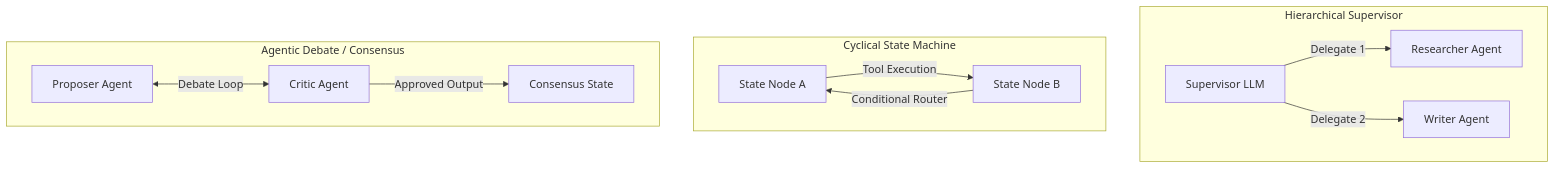
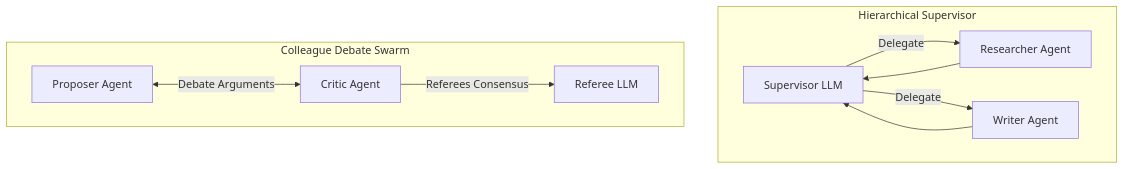
Before and after one commit to akmalkhaniub/akmalkhaniub.github.io: the eighth of 8 diagrams in blog/posts/agentic-ai-architectures.md, drawn with Mermaid. The commit also changed other lines of this file and 1 other file, not shown here.

Commit message:
Refactor repo link styling and expand agentic architectures blog

````diff
--- a/blog/posts/agentic-ai-architectures.md
+++ b/blog/posts/agentic-ai-architectures.md
@@ -15,17 +158,14 @@
 ```mermaid
 graph TD
-    subgraph A[Hierarchical Supervisor]
-        S[Supervisor LLM] -->|Delegate 1| W1[Researcher Agent]
-        S -->|Delegate 2| W2[Writer Agent]
-    end
-    
-    subgraph B[Cyclical State Machine]
-        N1[State Node A] -->|Tool Execution| N2[State Node B]
-        N2 -->|Conditional Router| N1
-    end
-    
-    subgraph C[Agentic Debate / Consensus]
-        D1[Proposer Agent] <-->|Debate Loop| D2[Critic Agent]
-        D2 -->|Approved Output| Out[Consensus State]
-    end
+    subgraph Supervisor [Hierarchical Supervisor]
+        S[Supervisor LLM] -->|Delegate| Worker1[Researcher Agent]
+        S -->|Delegate| Worker2[Writer Agent]
+        Worker1 --> S
+        Worker2 --> S
+      end
+      
+      subgraph Debate [Colleague Debate Swarm]
+        D1[Proposer Agent] <-->|Debate Arguments| D2[Critic Agent]
+        D2 -->|Referees Consensus| Ref[Referee LLM]
+      end
 ```
````
